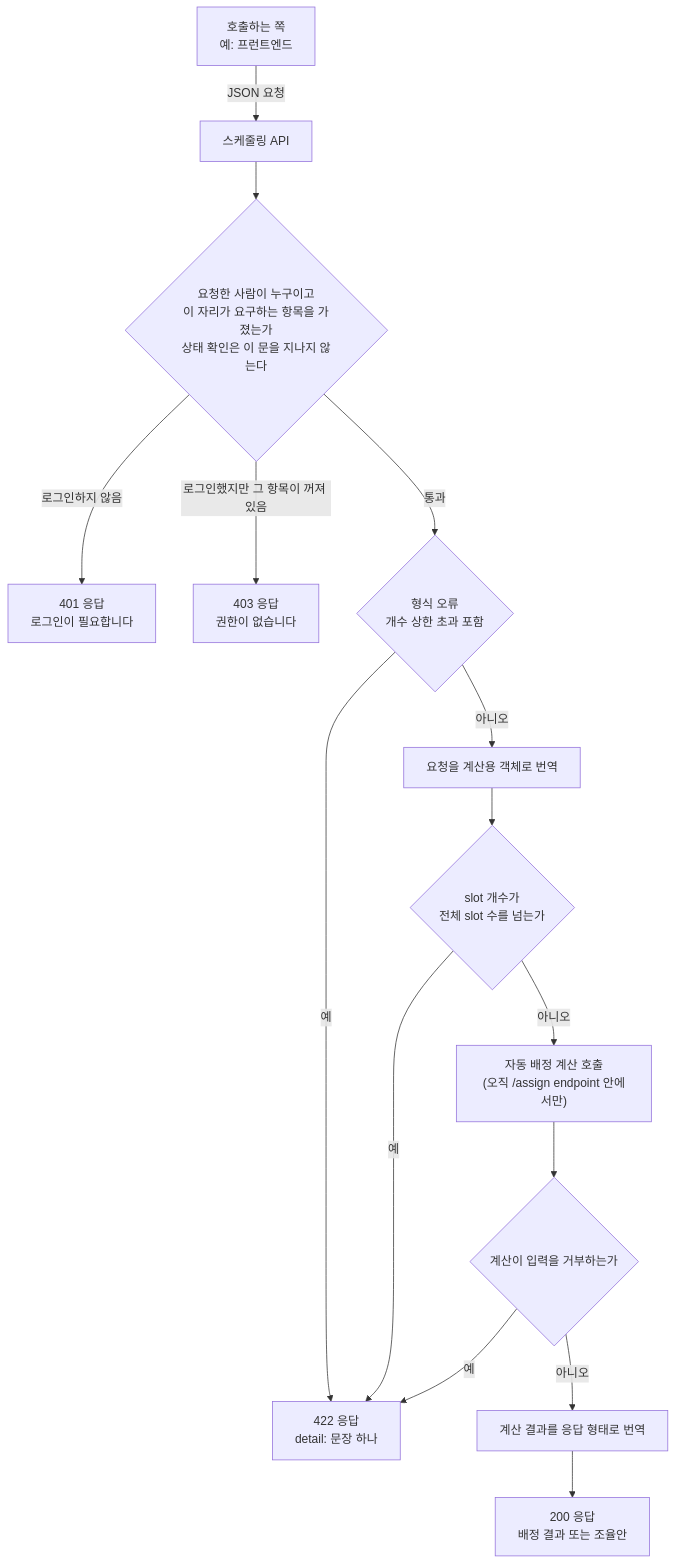
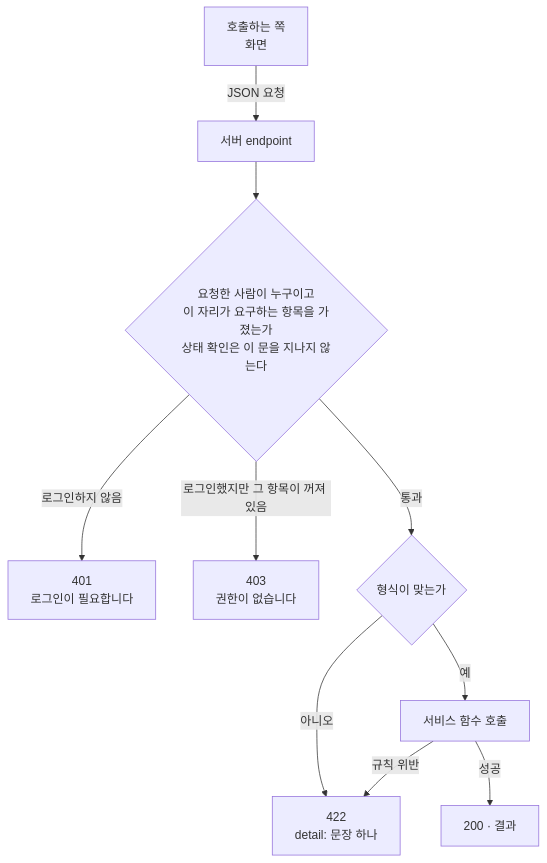
One commit to minkong-dev/Banblit changed the diagram in .cluedoc/scheduling-api/README.md. Above: the diagram before and after it, drawn with Mermaid. The commit also changed other lines of this file and 4 other files, not shown here.

````diff
--- a/.cluedoc/scheduling-api/README.md
+++ b/.cluedoc/scheduling-api/README.md
@@ -17,17 +14,12 @@
 ```mermaid
 flowchart TD
-    C[호출하는 쪽<br/>예: 프런트엔드] -->|JSON 요청| A[스케줄링 API]
+    C[호출하는 쪽<br/>화면] -->|JSON 요청| A[서버 endpoint]
     A --> W{요청한 사람이 누구이고<br/>이 자리가 요구하는 항목을 가졌는가<br/>상태 확인은 이 문을 지나지 않는다}
-    W -->|로그인하지 않음| R0["401 응답<br/>로그인이 필요합니다"]
-    W -->|로그인했지만 그 항목이 꺼져 있음| R3["403 응답<br/>권한이 없습니다"]
-    W -->|통과| S{형식 오류<br/>개수 상한 초과 포함}
-    S -->|예| R1["422 응답<br/>detail: 문장 하나"]
-    S -->|아니오| M[요청을 계산용 객체로 번역]
-    M --> CAP{slot 개수가<br/>전체 slot 수를 넘는가}
-    CAP -->|예| R1
-    CAP -->|아니오| E["자동 배정 계산 호출<br/>(오직 /assign endpoint 안에서만)"]
-    E --> V2{계산이 입력을 거부하는가}
-    V2 -->|예| R1
-    V2 -->|아니오| O[계산 결과를 응답 형태로 번역]
-    O --> R2[200 응답<br/>배정 결과 또는 조율안]
+    W -->|로그인하지 않음| R0["401<br/>로그인이 필요합니다"]
+    W -->|로그인했지만 그 항목이 꺼져 있음| R3["403<br/>권한이 없습니다"]
+    W -->|통과| S{형식이 맞는가}
+    S -->|아니오| R1["422<br/>detail: 문장 하나"]
+    S -->|예| E[서비스 함수 호출]
+    E -->|규칙 위반| R1
+    E -->|성공| R2[200 · 결과]
 ```
````
